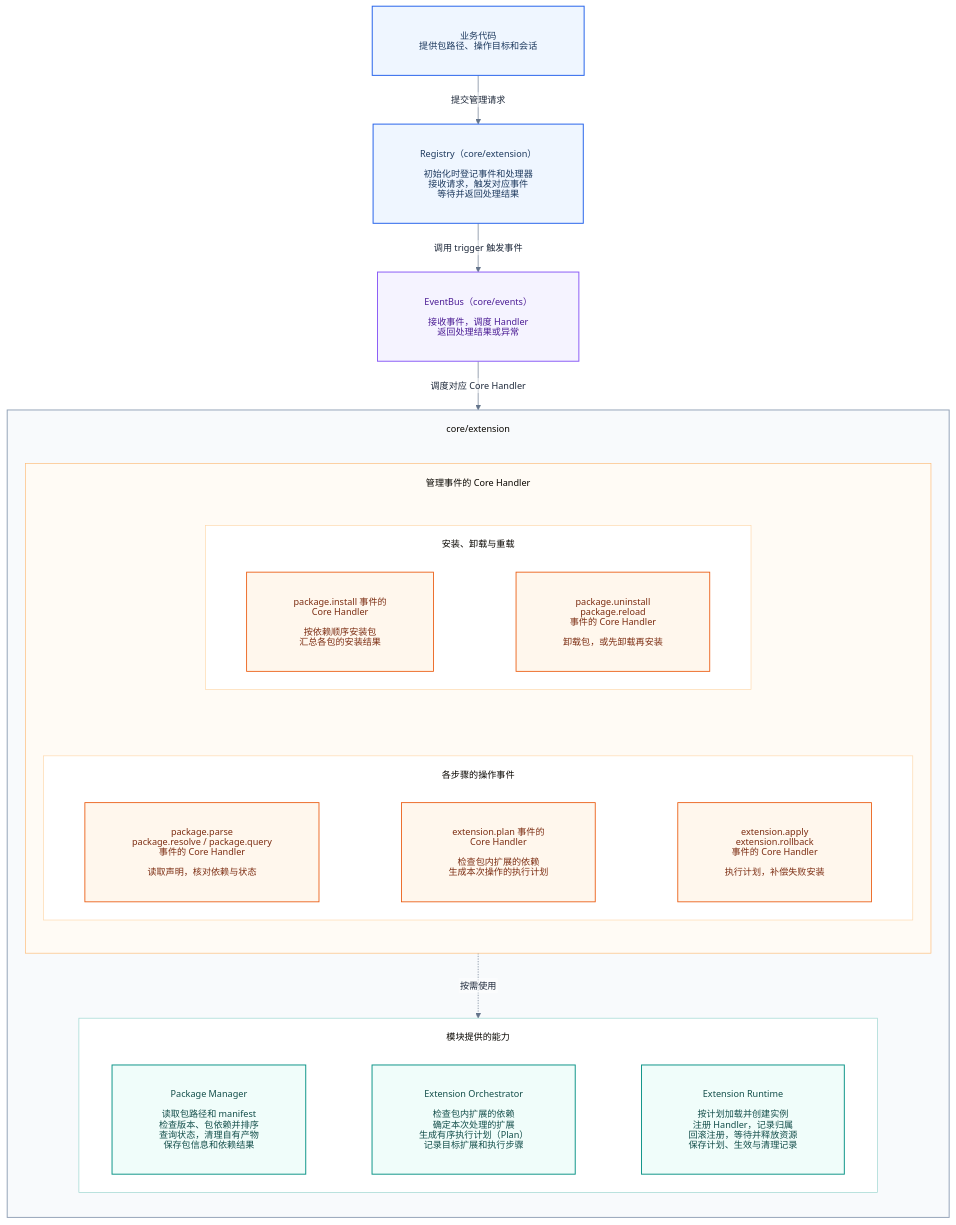
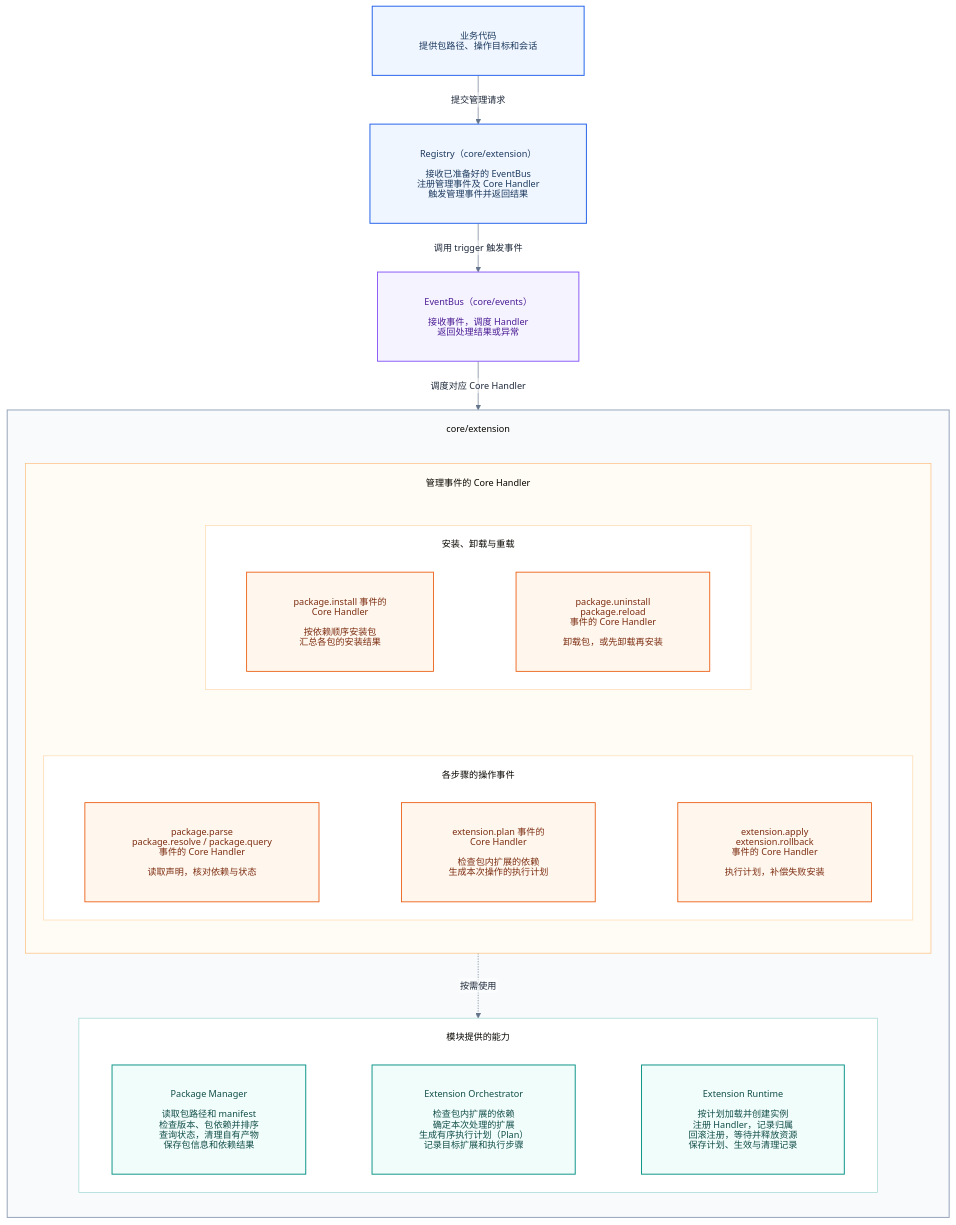
The first of 10 diagrams in openjiuwen/core/extension/docs/designs/extension-architecture.md (openJiuwen-ai/agent-core), drawn with Mermaid before and after one commit. The commit also changed other lines of this file and 1 other file, not shown here.

Commit message:
docs(extension): clarify EventBus initialization and update links

````diff
--- a/openjiuwen/core/extension/docs/designs/extension-architecture.md
+++ b/openjiuwen/core/extension/docs/designs/extension-architecture.md
@@ -137,54 +140,54 @@
 ```mermaid
 %%{init: {"theme": "base", "htmlLabels": false, "themeVariables": {"fontFamily": "Microsoft YaHei, PingFang SC, Arial, sans-serif", "fontSize": "14px", "lineColor": "#64748b", "primaryTextColor": "#1e293b", "edgeLabelBackground": "#ffffff", "clusterBkg": "#ffffff", "clusterBorder": "#cbd5e1"}, "themeCSS": ".node text, .nodeLabel, .cluster-label text, .edgeLabel text { font-size: 14px !important; }", "flowchart": {"curve": "linear", "nodeSpacing": 36, "rankSpacing": 52, "padding": 36, "wrappingWidth": 240, "subGraphTitleMargin": {"top": 20, "bottom": 24}, "htmlLabels": false}}}%%
 flowchart TB
     Caller["业务代码<br/>提供包路径、操作目标和会话"]:::entry
 
-    Registry["Registry（core/extension）<br/><br/>初始化时登记事件和处理器<br/>接收请求，触发对应事件<br/>等待并返回处理结果"]:::entry
+    Registry["Registry（core/extension）<br/><br/>接收已准备好的 EventBus<br/>注册管理事件及 Core Handler<br/>触发管理事件并返回结果"]:::entry
 
     subgraph Extension["core/extension"]
         direction TB
 
         subgraph Handlers["管理事件的 Core Handler"]
             direction TB
             subgraph Management["安装、卸载与重载"]
                 direction LR
                 IC["package.install 事件的<br/>Core Handler<br/><br/>按依赖顺序安装包<br/>汇总各包的安装结果"]:::handler
                 LC["package.uninstall<br/>package.reload<br/>事件的 Core Handler<br/><br/>卸载包，或先卸载再安装"]:::handler
                 IC ~~~ LC
             end
             subgraph Operations["各步骤的操作事件"]
                 direction LR
                 PC["package.parse<br/>package.resolve / package.query<br/>事件的 Core Handler<br/><br/>读取声明，核对依赖与状态"]:::handler
                 OC["extension.plan 事件的<br/>Core Handler<br/><br/>检查包内扩展的依赖<br/>生成本次操作的执行计划"]:::handler
                 RC["extension.apply<br/>extension.rollback<br/>事件的 Core Handler<br/><br/>执行计划，补偿失败安装"]:::handler
                 PC ~~~ OC ~~~ RC
             end
             Management ~~~ Operations
         end
 
         subgraph Modules["模块提供的能力"]
             direction LR
             PM["Package Manager<br/><br/>读取包路径和 manifest<br/>检查版本、包依赖并排序<br/>查询状态，清理自有产物<br/>保存包信息和依赖结果"]:::module
             O["Extension Orchestrator<br/><br/>检查包内扩展的依赖<br/>确定本次处理的扩展<br/>生成有序执行计划（Plan）<br/>记录目标扩展和执行步骤"]:::module
             RT["Extension Runtime<br/><br/>按计划加载并创建实例<br/>注册 Handler，记录归属<br/>回滚注册，等待并释放资源<br/>保存计划、生效与清理记录"]:::module
             PM ~~~ O ~~~ RT
         end
         Handlers -.->|按需使用| Modules
     end
 
     Events["EventBus（core/events）<br/><br/>接收事件，调度 Handler<br/>返回处理结果或异常"]:::events
 
     Caller -->|提交管理请求| Registry
     Registry -->|调用 trigger 触发事件| Events
     Events -->|调度对应 Core Handler| Handlers
 
     classDef entry fill:#eff6ff,stroke:#2563eb,color:#1e3a5f,stroke-width:1.5px,font-size:14px
     classDef events fill:#f5f3ff,stroke:#8b5cf6,color:#4c1d95,stroke-width:1.5px,font-size:14px
     classDef handler fill:#fff7ed,stroke:#ea580c,color:#7c2d12,stroke-width:1.3px,font-size:14px
     classDef module fill:#f0fdfa,stroke:#0d9488,color:#134e4a,stroke-width:1.5px,font-size:14px
     style Extension fill:#f8fafc,stroke:#94a3b8,stroke-width:1.5px
     style Handlers fill:#fffbf5,stroke:#fdba74,stroke-width:1px
     style Management fill:#ffffff,stroke:#fed7aa,stroke-width:1px
     style Operations fill:#ffffff,stroke:#fed7aa,stroke-width:1px
     style Modules fill:#ffffff,stroke:#99d5cf,stroke-width:1px
 ```
````
